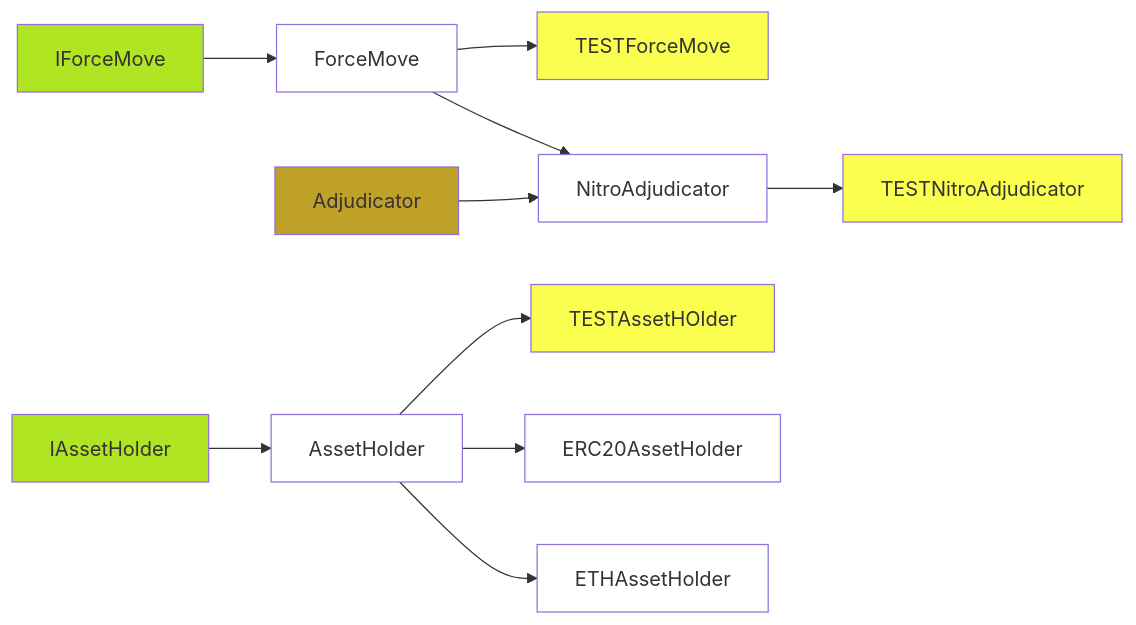
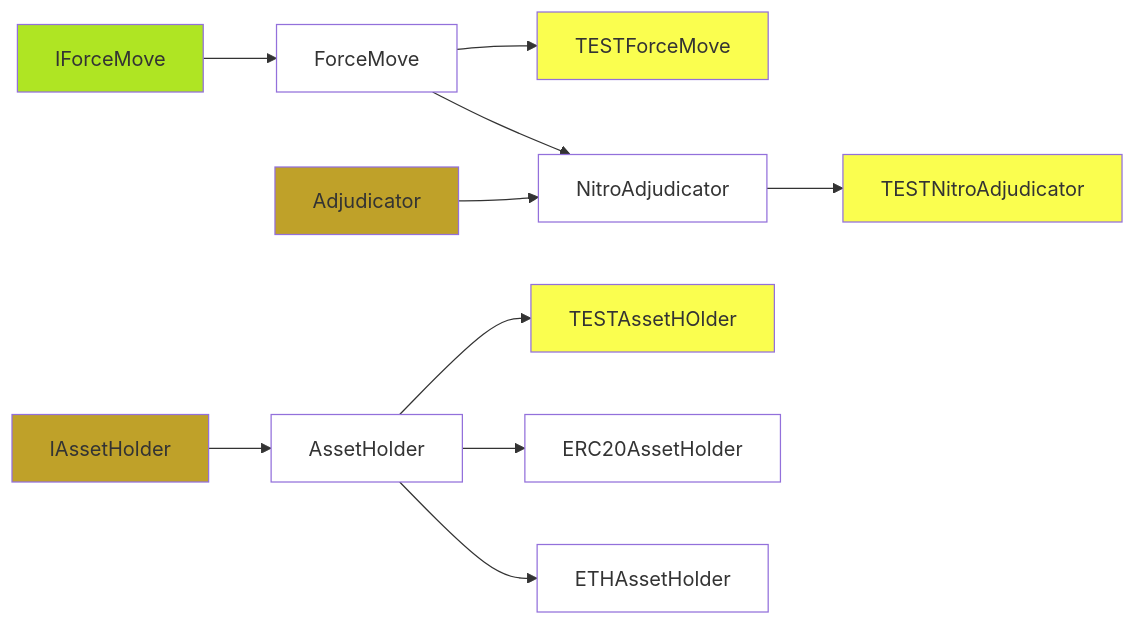
The first of 2 diagrams in packages/nitro-protocol/contracts/inheritance-graph.md (statechannels/statechannels), drawn with Mermaid before and after one commit. The commit also changed 2 other files, not shown here.

Commit message:
Convert IAssetHolder to an interface

````diff
--- a/packages/nitro-protocol/contracts/inheritance-graph.md
+++ b/packages/nitro-protocol/contracts/inheritance-graph.md
@@ -3,24 +3,24 @@
 ```mermaid
 graph LR
 linkStyle default interpolate basis
 IForceMove--> ForceMove
 Adjudicator--> NitroAdjudicator
 ForceMove--> NitroAdjudicator
 IAssetHolder--> AssetHolder
 AssetHolder-->ETHAssetHolder
 AssetHolder-->ERC20AssetHolder
 
 ForceMove-->TESTForceMove
 NitroAdjudicator--> TESTNitroAdjudicator
 
 AssetHolder-->TESTAssetHOlder
 
 classDef Contract fill:#ffffff;
 classDef Abstract fill:#afe523;
 classDef Interface fill:#bfa129;
 classDef TestContract fill:#fafe4f;
-class IForceMove,IAssetHolder Abstract;
-class Adjudicator Interface;
+class IForceMove Abstract;
+class Adjudicator,IAssetHolder Interface;
 class NitroAdjudicator,ForceMove,AssetHolder,ETHAssetHolder,ERC20AssetHolder Contract;
 class TESTForceMove,TESTNitroAdjudicator,TESTAssetHOlder TestContract;
 ```
````
